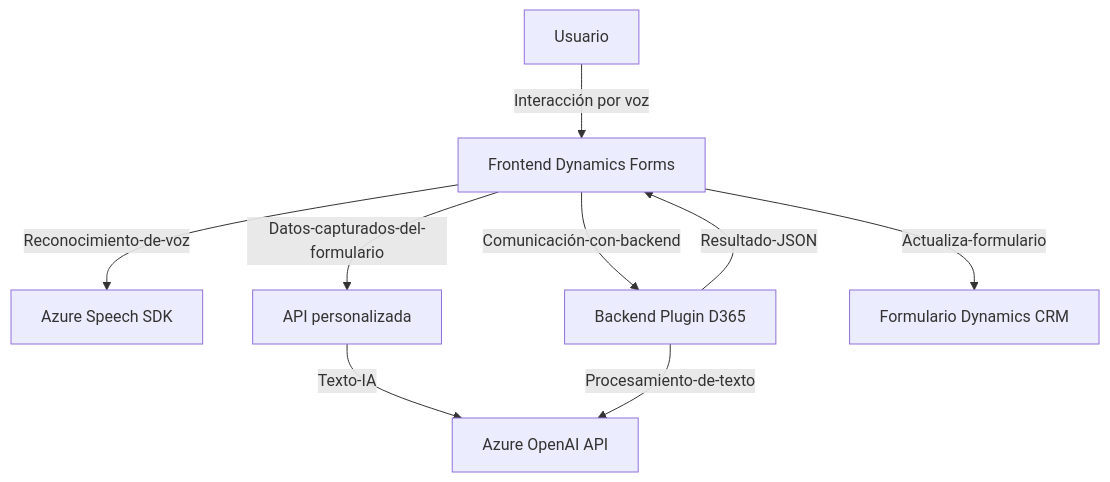
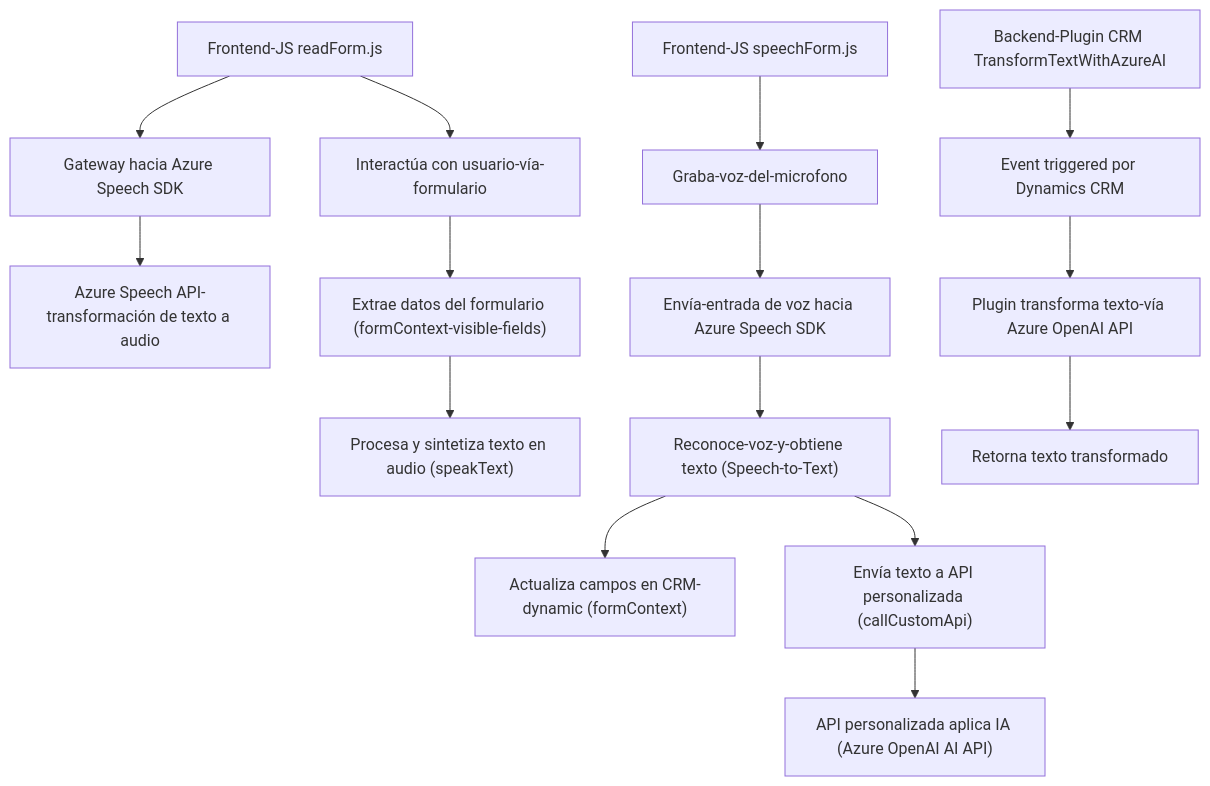
Before and after one commit to blopezdm/NETCORE_BILBAO2025: the diagram in README.md, drawn with Mermaid. The commit also changed other lines of this file, not shown here.

Commit message:
Actualizar análisis global de la solución con IA

````diff
--- a/README.md
+++ b/README.md
@@ -47,12 +48,19 @@
 ```mermaid
 graph TD
-    A1["Usuario"] -->|Interacción por voz| A2["Frontend Dynamics Forms"]
-    A2 -->|Reconocimiento-de-voz| B1["Azure Speech SDK"]
-    A2 -->|Datos-capturados-del-formulario| A3["API personalizada"]
-    A3 -->|Texto-IA| C1["Azure OpenAI API"]
-    A2 -->|Comunicación-con-backend| D1["Backend Plugin D365"]
-    D1 -->|Procesamiento-de-texto| C1
-    D1 -->|Resultado-JSON| A2
-    A2 -->|Actualiza-formulario| A4
-    A4["Formulario Dynamics CRM"]
+    A["Frontend-JS readForm.js"] --> B["Interactúa con usuario-vía-formulario"]
+    A --> C["Gateway hacia Azure Speech SDK"]
+    C --> D["Azure Speech API-transformación de texto a audio"]
+    B --> E["Extrae datos del formulario (formContext-visible-fields)"]
+    E --> F["Procesa y sintetiza texto en audio (speakText)"]
+
+    G["Frontend-JS speechForm.js"] --> H["Graba-voz-del-microfono"]
+    H --> I["Envía-entrada de voz hacia Azure Speech SDK"]
+    I --> J["Reconoce-voz-y-obtiene texto (Speech-to-Text)"]
+    J --> K["Actualiza campos en CRM-dynamic (formContext)"]
+    J --> L["Envía texto a API personalizada (callCustomApi)"]
+    L --> M["API personalizada aplica IA (Azure OpenAI AI API)"]
+
+    N["Backend-Plugin CRM TransformTextWithAzureAI"] --> O["Event triggered por Dynamics CRM"]
+    O --> P["Plugin transforma texto-vía Azure OpenAI API"]
+    P --> Q["Retorna texto transformado"]
 ```
````
